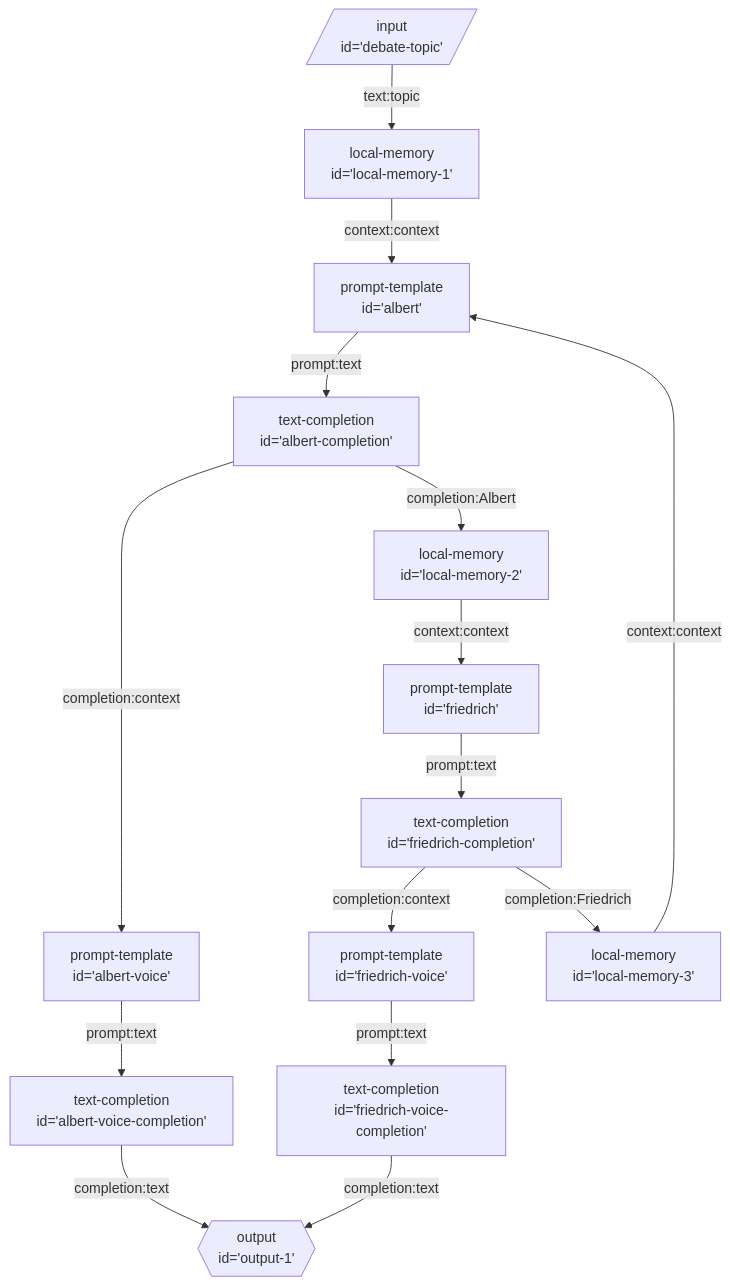
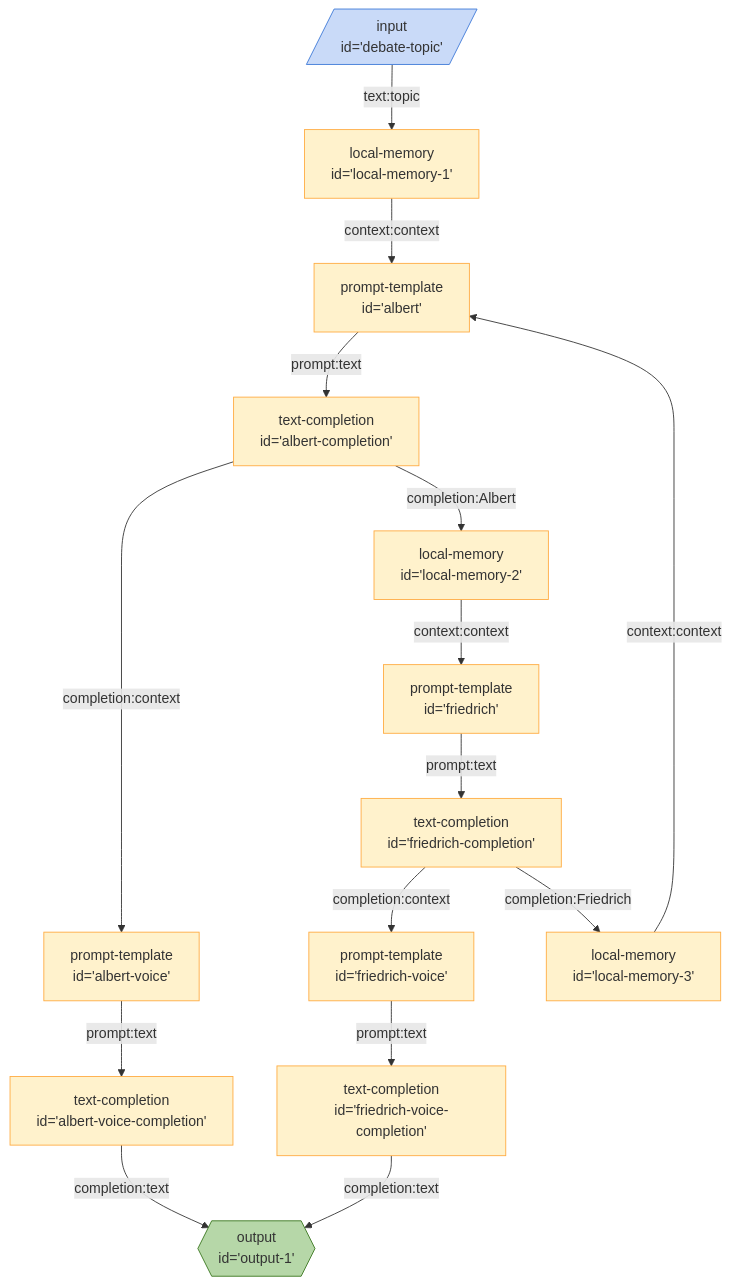
One commit to breadboard-ai/breadboard changed the diagram in seeds/graph-playground/docs/graphs/endless-debate-with-voice.md. Above: the diagram before and after it, drawn with Mermaid. The commit also changed 13 other files, not shown here.

First line of the commit message:
[graph-playground] Make pretty diagram colors.

````diff
--- a/seeds/graph-playground/docs/graphs/endless-debate-with-voice.md
+++ b/seeds/graph-playground/docs/graphs/endless-debate-with-voice.md
@@ -4,45 +4,50 @@
 ```mermaid
+%%{init: {'theme':'default', 'themeVariables': { 'fontFamily': 'Fira Code, monospace', 'background': '#fff' }}}%%
 graph TD;
 debate-topic[/"input
 id='debate-topic'"/]:::input -- text:topic --> local-memory-1["local-memory
 id='local-memory-1'"]
 local-memory-1["local-memory
 id='local-memory-1'"] -- context:context --> albert["prompt-template
 id='albert'"]
 albert["prompt-template
 id='albert'"] -- prompt:text --> albert-completion["text-completion
 id='albert-completion'"]
 albert-completion["text-completion
 id='albert-completion'"] -- completion:context --> albert-voice["prompt-template
 id='albert-voice'"]
 albert-voice["prompt-template
 id='albert-voice'"] -- prompt:text --> albert-voice-completion["text-completion
 id='albert-voice-completion'"]
 albert-voice-completion["text-completion
 id='albert-voice-completion'"] -- completion:text --> output-1{{"output
 id='output-1'"}}:::output
 albert-completion["text-completion
 id='albert-completion'"] -- completion:Albert --> local-memory-2["local-memory
 id='local-memory-2'"]
 local-memory-2["local-memory
 id='local-memory-2'"] -- context:context --> friedrich["prompt-template
 id='friedrich'"]
 friedrich["prompt-template
 id='friedrich'"] -- prompt:text --> friedrich-completion["text-completion
 id='friedrich-completion'"]
 friedrich-completion["text-completion
 id='friedrich-completion'"] -- completion:context --> friedrich-voice["prompt-template
 id='friedrich-voice'"]
 friedrich-voice["prompt-template
 id='friedrich-voice'"] -- prompt:text --> friedrich-voice-completion["text-completion
 id='friedrich-voice-completion'"]
 friedrich-voice-completion["text-completion
 id='friedrich-voice-completion'"] -- completion:text --> output-1{{"output
 id='output-1'"}}:::output
 friedrich-completion["text-completion
 id='friedrich-completion'"] -- completion:Friedrich --> local-memory-3["local-memory
 id='local-memory-3'"]
 local-memory-3["local-memory
 id='local-memory-3'"] -- context:context --> albert["prompt-template
 id='albert'"]
+classDef default stroke:#ffab40,fill:#fff2ccff
+classDef input stroke:#3c78d8,fill:#c9daf8ff
+classDef output stroke:#38761d,fill:#b6d7a8ff
+classDef passthrough stroke:#a64d79,fill:#ead1dcff
 ```
````
